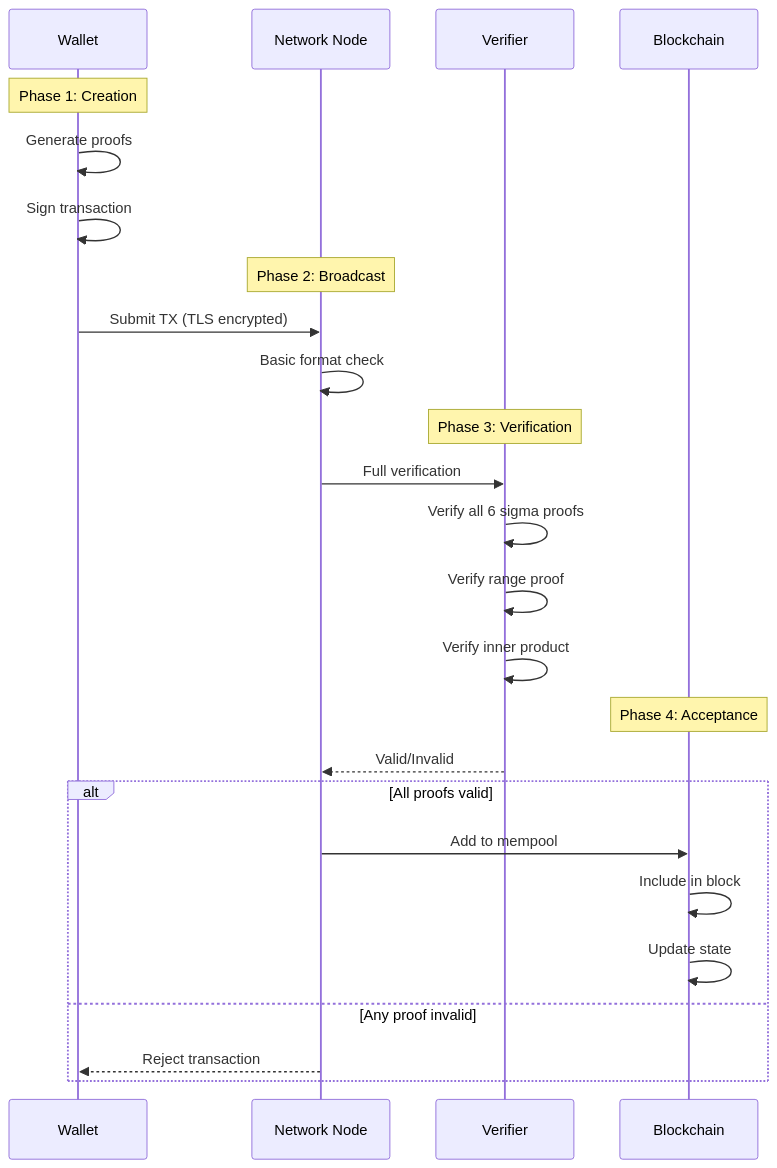
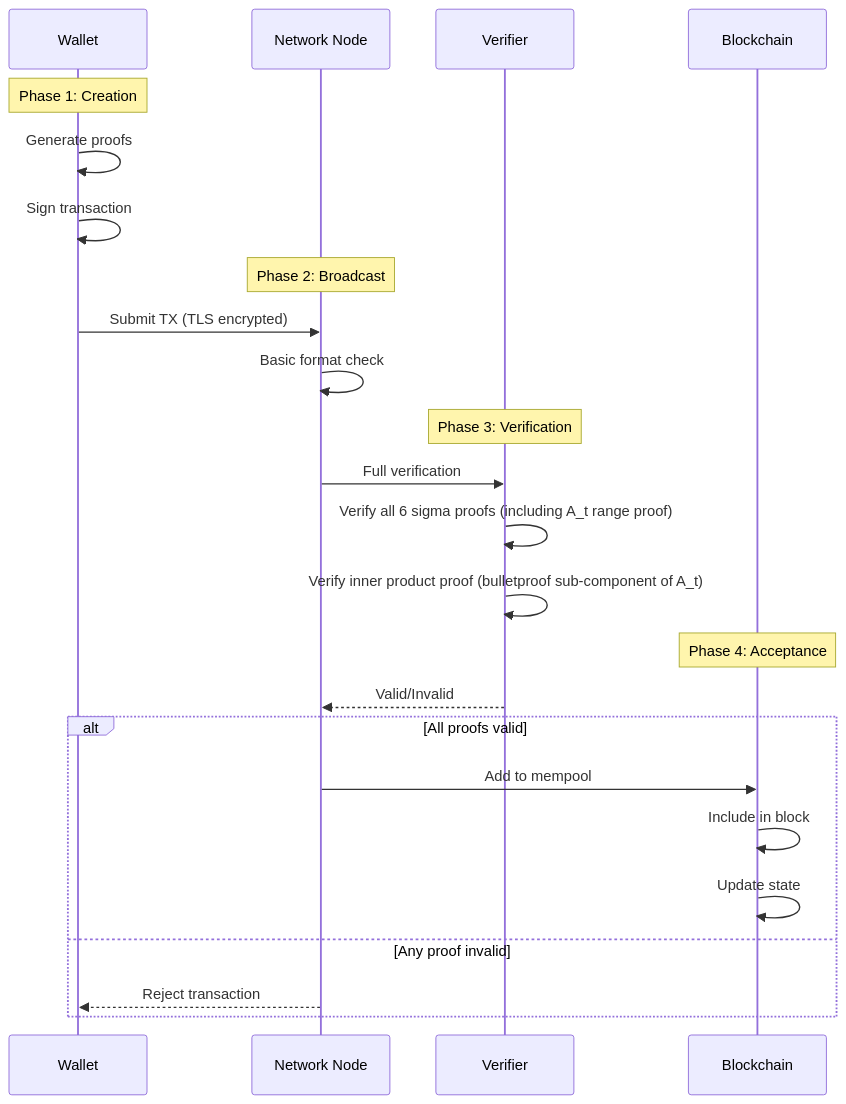
The first of 6 diagrams in derod-main/pages/integrity/proof-verification-flow.mdx (DHEBP/dero-docs), drawn with Mermaid before and after one commit. The commit also changed other lines of this file and 7 other files, not shown here.

````diff
--- a/derod-main/pages/integrity/proof-verification-flow.mdx
+++ b/derod-main/pages/integrity/proof-verification-flow.mdx
@@ -24,31 +24,30 @@
 ```mermaid
 sequenceDiagram
     participant W as Wallet
     participant N as Network Node
     participant V as Verifier
     participant BC as Blockchain
     
     Note over W: Phase 1: Creation
     W->>W: Generate proofs
     W->>W: Sign transaction
     
     Note over N: Phase 2: Broadcast
     W->>N: Submit TX (TLS encrypted)
     N->>N: Basic format check
     
     Note over V: Phase 3: Verification
     N->>V: Full verification
-    V->>V: Verify all 6 sigma proofs
-    V->>V: Verify range proof
-    V->>V: Verify inner product
+    V->>V: Verify all 6 sigma proofs (including A_t range proof)
+    V->>V: Verify inner product proof (bulletproof sub-component of A_t)
     
     Note over BC: Phase 4: Acceptance
     V-->>N: Valid/Invalid
     alt All proofs valid
         N->>BC: Add to mempool
         BC->>BC: Include in block
         BC->>BC: Update state
     else Any proof invalid
         N-->>W: Reject transaction
     end
 ```
````
